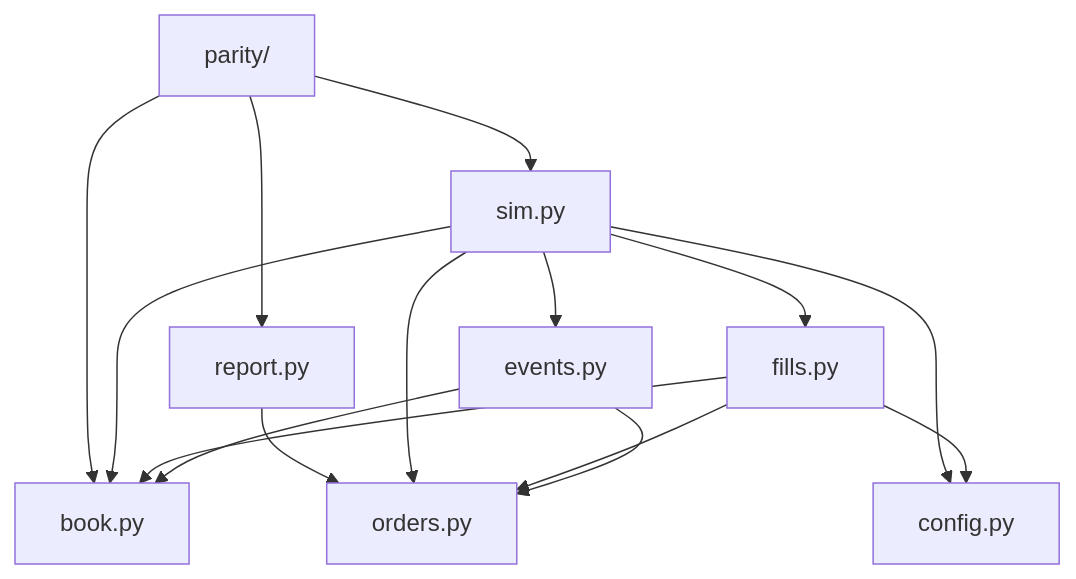
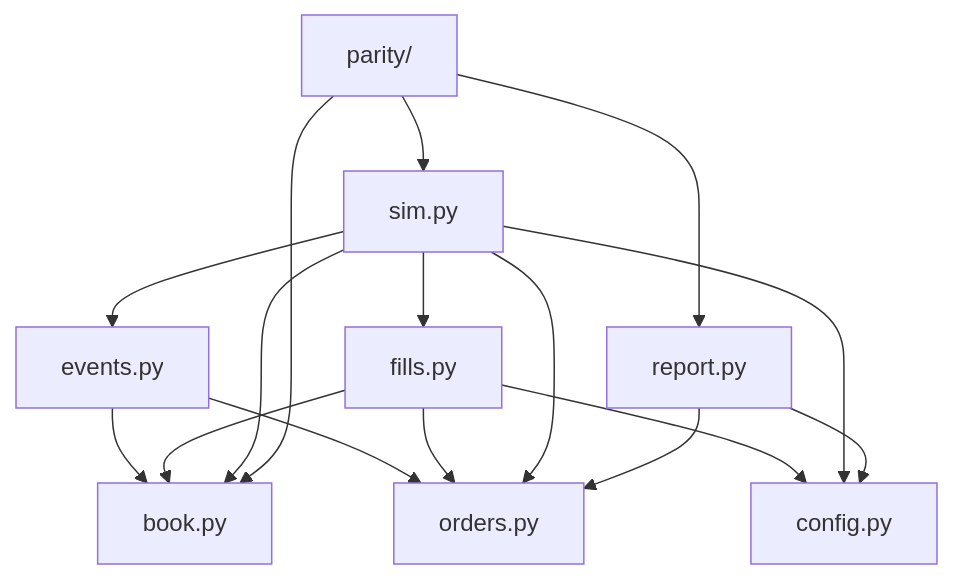
The diagram in _bmad-output/planning-artifacts/architecture/tick-infra-fill-simulator-2026-08-29/ARCHITECTURE-SPINE.md (Warper2001/Silver-Bullet-ML-BMAD), drawn with Mermaid before and after one commit. The commit also changed other lines of this file and 5 other files, not shown here.

````diff
--- a/_bmad-output/planning-artifacts/architecture/tick-infra-fill-simulator-2026-08-29/ARCHITECTURE-SPINE.md
+++ b/_bmad-output/planning-artifacts/architecture/tick-infra-fill-simulator-2026-08-29/ARCHITECTURE-SPINE.md
@@ -34,25 +34,26 @@
 ```mermaid
 graph TD
   config[config.py]
   book[book.py]
   orders[orders.py]
   events[events.py]
   fills[fills.py]
   sim[sim.py]
   report[report.py]
   parity[parity/]
   events --> book
   events --> orders
   fills --> book
   fills --> orders
   fills --> config
   sim --> events
   sim --> fills
   sim --> book
   sim --> orders
   sim --> config
   report --> orders
+  report --> config
   parity --> sim
   parity --> report
   parity --> book
 ```
````
